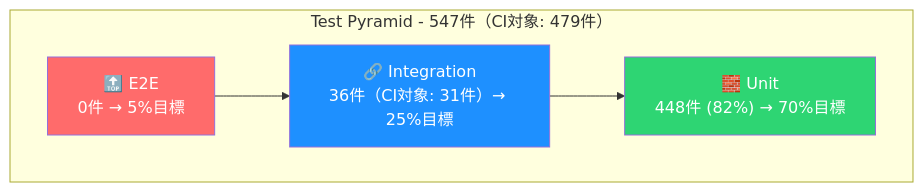
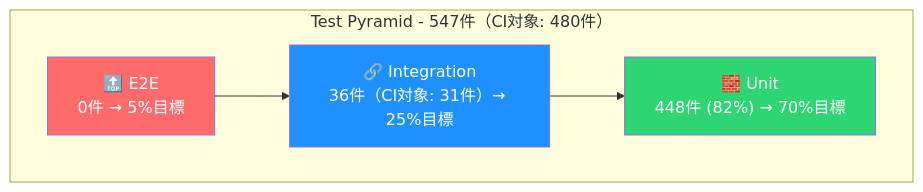
Before and after one commit to yaoki-dev/api-test-devops-portfolio: the second of 3 diagrams in README.md, drawn with Mermaid. The commit also changed other lines of this file and 2 other files, not shown here.

First line of the commit message:
fix(config,test,docs): TypeError分離キャッチ・autouse fixture・README数値更新 (PR #194 review)

````diff
--- a/README.md
+++ b/README.md
@@ -292,13 +292,13 @@
 ```mermaid
 graph TB
-    subgraph "Test Pyramid - 547件（CI対象: 479件）"
+    subgraph "Test Pyramid - 547件（CI対象: 480件）"
         E2E["🔝 E2E<br/>0件 → 5%目標"]
         Integration["🔗 Integration<br/>36件（CI対象: 31件）→ 25%目標"]
         Unit["🧱 Unit<br/>448件 (82%) → 70%目標"]
     end
     E2E --> Integration --> Unit
 
     style E2E fill:#ff6b6b,color:#fff
     style Integration fill:#1e90ff,color:#fff
     style Unit fill:#2ed573,color:#fff
 ```
````
